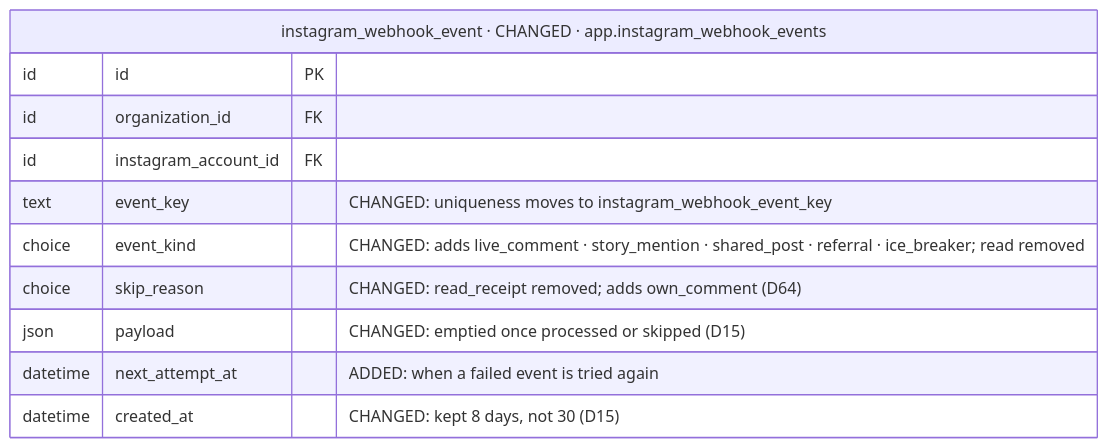
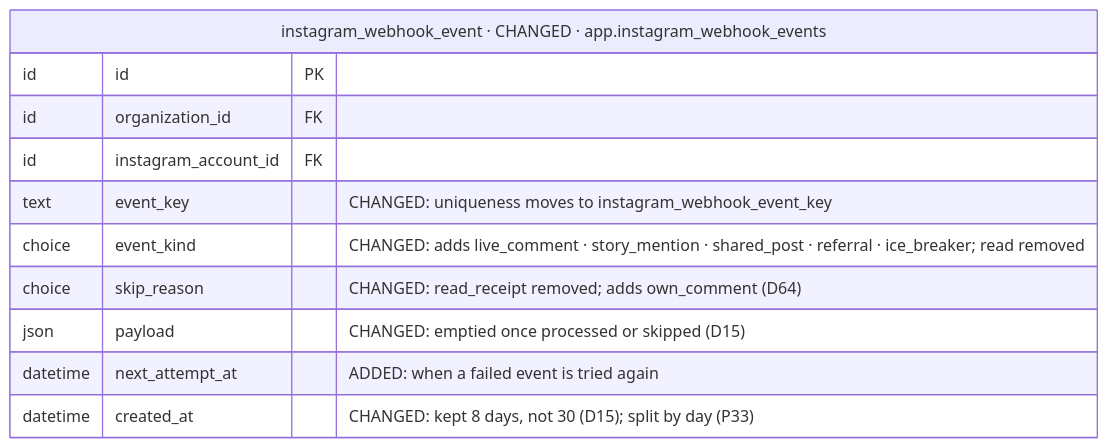
One commit to albetrios/meepzo-be changed diagram 17 of 39 in iterations/feat-instagram-dm-sending-2026-11-23-oxak/plans/db-changes.md. Above: the diagram before and after it, drawn with Mermaid. The commit also changed other lines of this file and 3 other files, not shown here.

````diff
--- a/iterations/feat-instagram-dm-sending-2026-11-23-oxak/plans/db-changes.md
+++ b/iterations/feat-instagram-dm-sending-2026-11-23-oxak/plans/db-changes.md
@@ -858,14 +832,14 @@
 ```mermaid
 erDiagram
   instagram_webhook_event["instagram_webhook_event · CHANGED · app.instagram_webhook_events"] {
     id id PK
     id organization_id FK
     id instagram_account_id FK
     text event_key "CHANGED: uniqueness moves to instagram_webhook_event_key"
     choice event_kind "CHANGED: adds live_comment · story_mention · shared_post · referral · ice_breaker; read removed"
     choice skip_reason "CHANGED: read_receipt removed; adds own_comment (D64)"
     json payload "CHANGED: emptied once processed or skipped (D15)"
     datetime next_attempt_at "ADDED: when a failed event is tried again"
-    datetime created_at "CHANGED: kept 8 days, not 30 (D15)"
+    datetime created_at "CHANGED: kept 8 days, not 30 (D15); split by day (P33)"
   }
 ```
````
